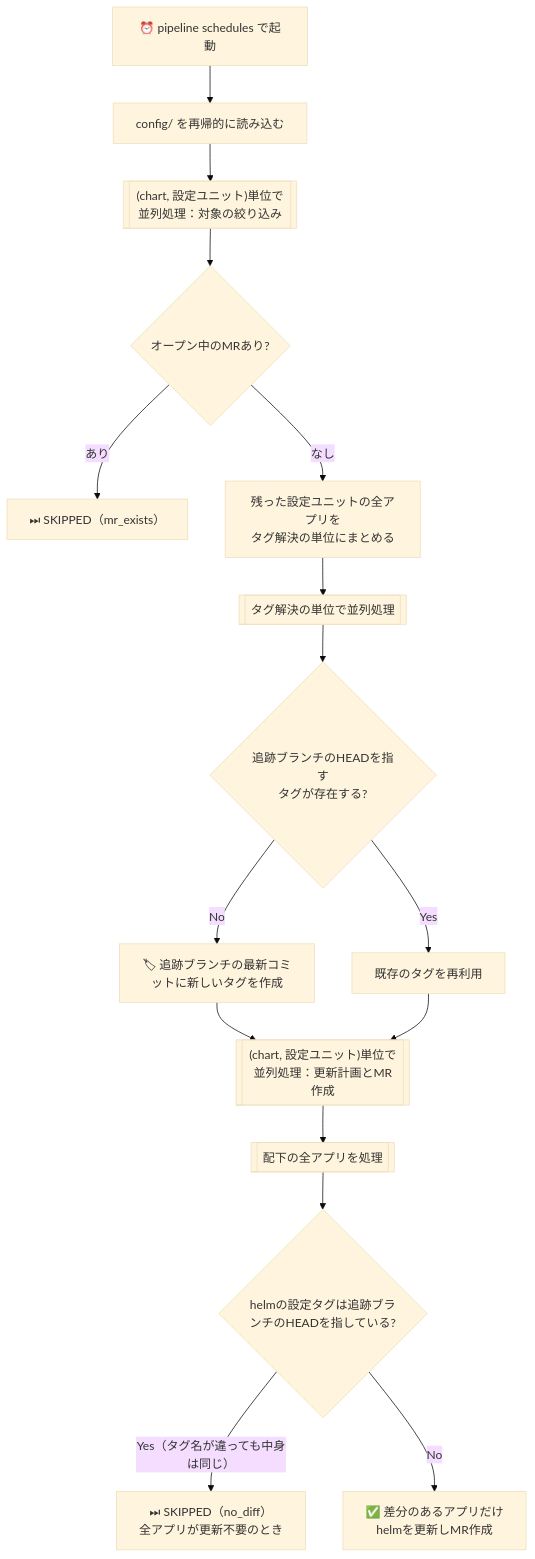
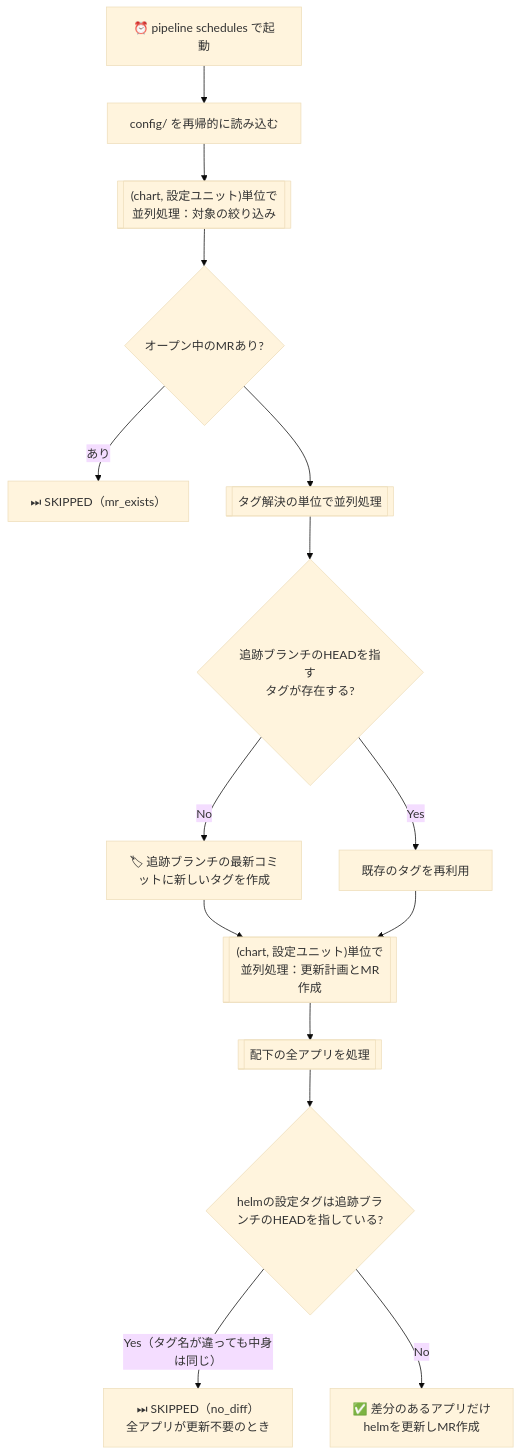
The diagram in README.md (sinnlosses/helm-yadokari), drawn with Mermaid (base theme) before and after one commit. The commit also changed other lines of this file, not shown here.

````diff
--- a/README.md
+++ b/README.md
@@ -123,18 +123,17 @@
 ```mermaid
 flowchart TD
     A[⏰ pipeline schedules で起動] --> B[config/ を再帰的に読み込む]
     B --> C[["(chart, 設定ユニット)単位で並列処理：対象の絞り込み"]]
     C --> D{オープン中のMRあり?}
     D -->|あり| E1["⏭ SKIPPED（mr_exists）"]
-    D -->|なし| K[残った設定ユニットの全アプリを<br/>タグ解決の単位にまとめる]
-    K --> L[[タグ解決の単位で並列処理]]
+    D --> L[[タグ解決の単位で並列処理]]
     L --> G{追跡ブランチのHEADを指す<br>タグが存在する?}
     G -->|No| H1[🏷 追跡ブランチの最新コミットに新しいタグを作成]
     G -->|Yes| H2[既存のタグを再利用]
     H1 --> M[["(chart, 設定ユニット)単位で並列処理：更新計画とMR作成"]]
     H2 --> M
     M --> F[[配下の全アプリを処理]]
     F --> I{helmの設定タグは追跡ブランチのHEADを指している?}
     I -->|Yes（タグ名が違っても中身は同じ）| E2["⏭ SKIPPED（no_diff）<br/>全アプリが更新不要のとき"]
     I -->|No| J[✅ 差分のあるアプリだけ<br>helmを更新しMR作成]
 ```
````
